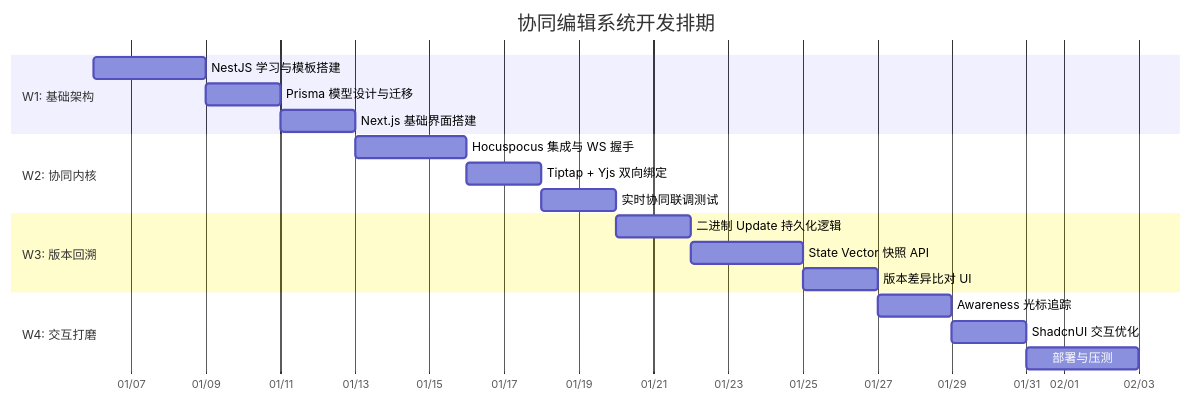
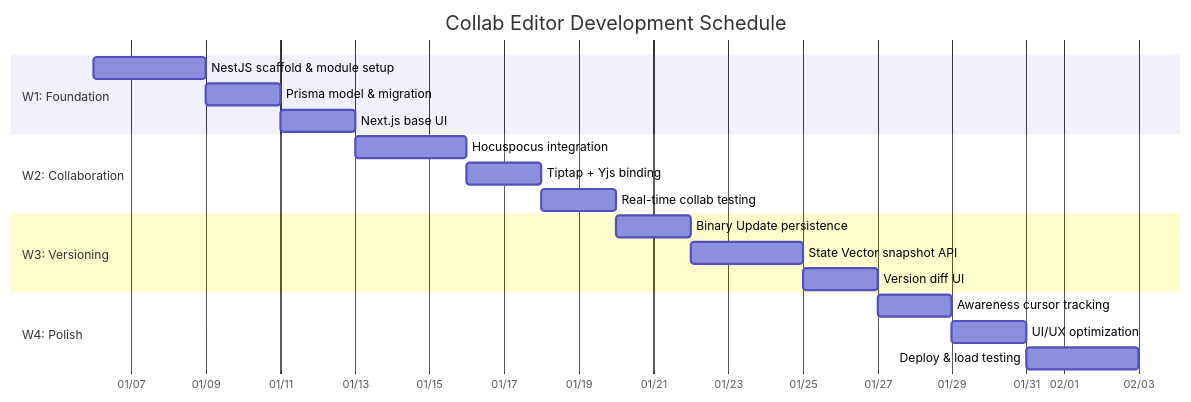
One commit to monazite1s/SyncDoc changed diagram 12 of 12 in README.md. Above: the diagram before and after it, drawn with Mermaid. The commit also changed other lines of this file and 112 other files, not shown here.

````diff
--- a/README.md
+++ b/README.md
@@ -608,26 +688,26 @@
 ```mermaid
 gantt
-    title 协同编辑系统开发排期
+    title Collab Editor Development Schedule
     dateFormat  YYYY-MM-DD
     axisFormat  %m/%d
 
-    section W1: 基础架构
-    NestJS 学习与模板搭建       :w1a, 2025-01-06, 3d
-    Prisma 模型设计与迁移       :w1b, after w1a, 2d
-    Next.js 基础界面搭建        :w1c, after w1b, 2d
+    section W1: Foundation
+    NestJS scaffold & module setup    :w1a, 2025-01-06, 3d
+    Prisma model & migration          :w1b, after w1a, 2d
+    Next.js base UI                   :w1c, after w1b, 2d
 
-    section W2: 协同内核
-    Hocuspocus 集成与 WS 握手   :w2a, after w1c, 3d
-    Tiptap + Yjs 双向绑定       :w2b, after w2a, 2d
-    实时协同联调测试            :w2c, after w2b, 2d
+    section W2: Collaboration
+    Hocuspocus integration            :w2a, after w1c, 3d
+    Tiptap + Yjs binding              :w2b, after w2a, 2d
+    Real-time collab testing          :w2c, after w2b, 2d
 
-    section W3: 版本回溯
-    二进制 Update 持久化逻辑    :w3a, after w2c, 2d
-    State Vector 快照 API       :w3b, after w3a, 3d
-    版本差异比对 UI             :w3c, after w3b, 2d
+    section W3: Versioning
+    Binary Update persistence         :w3a, after w2c, 2d
+    State Vector snapshot API         :w3b, after w3a, 3d
+    Version diff UI                   :w3c, after w3b, 2d
 
-    section W4: 交互打磨
-    Awareness 光标追踪          :w4a, after w3c, 2d
-    ShadcnUI 交互优化           :w4b, after w4a, 2d
-    部署与压测                  :w4c, after w4b, 3d
+    section W4: Polish
+    Awareness cursor tracking         :w4a, after w3c, 2d
+    UI/UX optimization                :w4b, after w4a, 2d
+    Deploy & load testing             :w4c, after w4b, 3d
 ```
````
